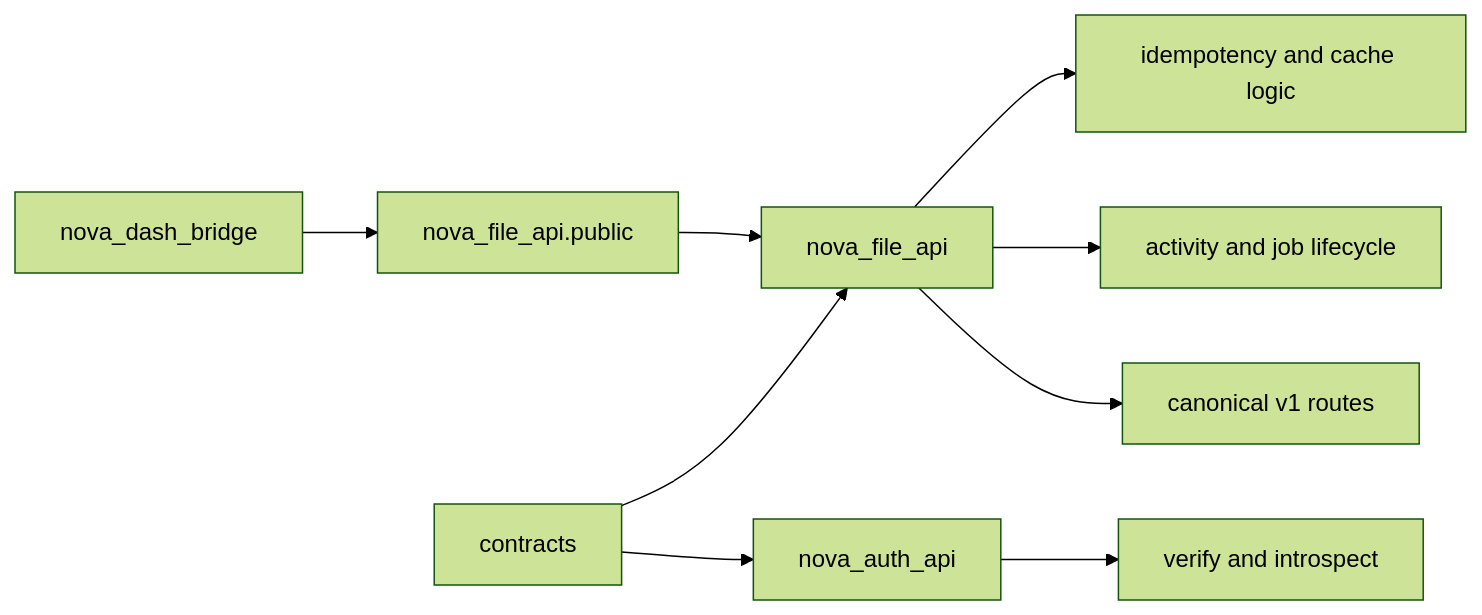
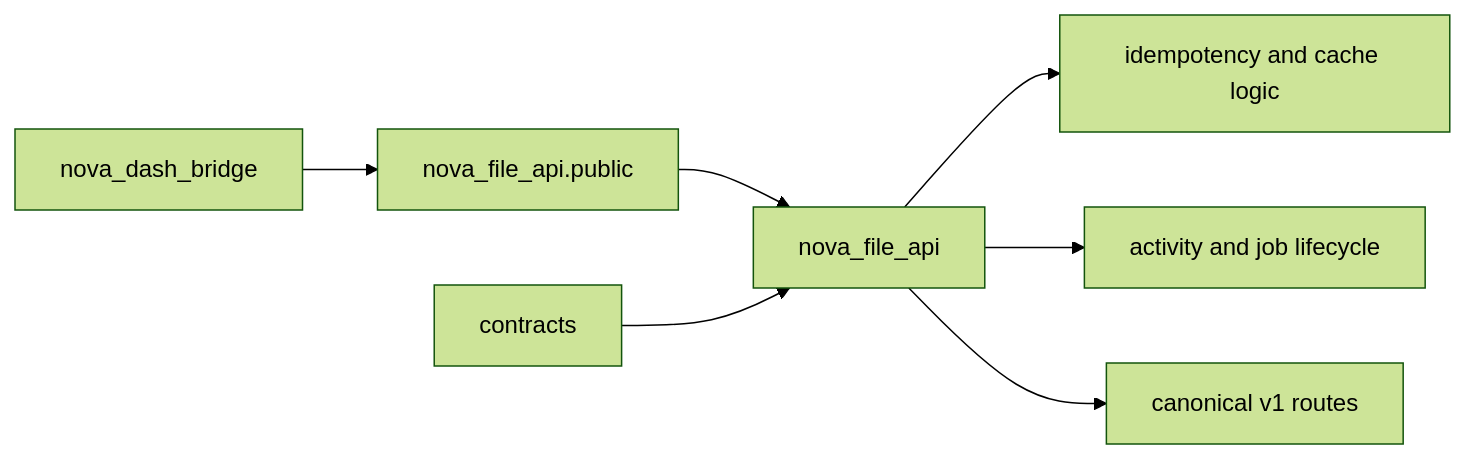
The third of 6 diagrams in docs/overview/NOVA-REPO-OVERVIEW.md (BjornMelin/nova), drawn with Mermaid (forest theme) before and after one commit. The commit also changed other lines of this file and 160 other files, not shown here.

````diff
--- a/docs/overview/NOVA-REPO-OVERVIEW.md
+++ b/docs/overview/NOVA-REPO-OVERVIEW.md
@@ -103,11 +86,9 @@
 ```mermaid
 flowchart LR
     FILE["nova_file_api"] --> CACHE["idempotency and cache logic"]
     FILE --> ACT["activity and job lifecycle"]
     FILE --> ROUTES["canonical v1 routes"]
-    AUTH["nova_auth_api"] --> TOK["verify and introspect"]
     BRIDGE["nova_dash_bridge"] --> PUBLIC["nova_file_api.public"]
     PUBLIC --> FILE
     CONTRACTS["contracts"] --> FILE
-    CONTRACTS --> AUTH
 ```
````
